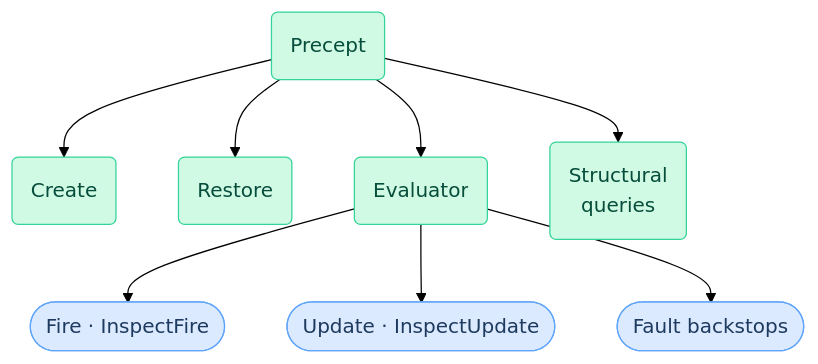
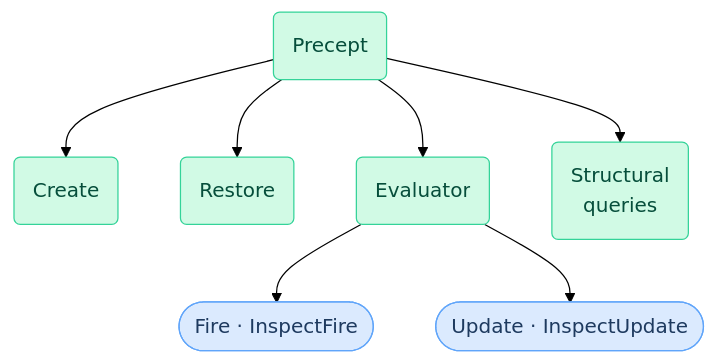
Before and after one commit to sfalik/Precept: the tenth of 10 diagrams in docs/compiler-and-runtime-design.md, drawn with Mermaid (forest theme). The commit also changed other lines of this file and 1 other file, not shown here.

````diff
--- a/docs/compiler-and-runtime-design.md
+++ b/docs/compiler-and-runtime-design.md
@@ -797,25 +796,23 @@
 ```mermaid
 flowchart TD
     classDef input   fill:#dbeafe,stroke:#60a5fa,color:#1e3a5f
     classDef runtime fill:#d1fae5,stroke:#34d399,color:#064e3b
 
     P(Precept):::runtime
 
     CREATE(Create):::runtime
     RESTORE(Restore):::runtime
     EVAL(Evaluator):::runtime
     STRUCT("Structural<br/>queries"):::runtime
 
     P --> CREATE
     P --> RESTORE
     P --> EVAL
     P --> STRUCT
 
     FIRE(["Fire · InspectFire"]):::input
     UPD(["Update · InspectUpdate"]):::input
-    FAULT(["Fault backstops"]):::input
 
     EVAL --> FIRE
     EVAL --> UPD
-    EVAL --> FAULT
 ```
````
